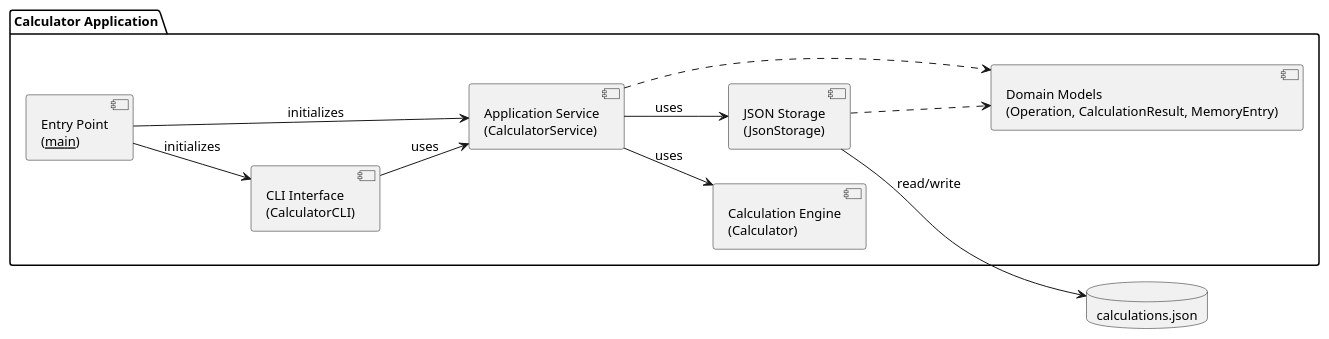
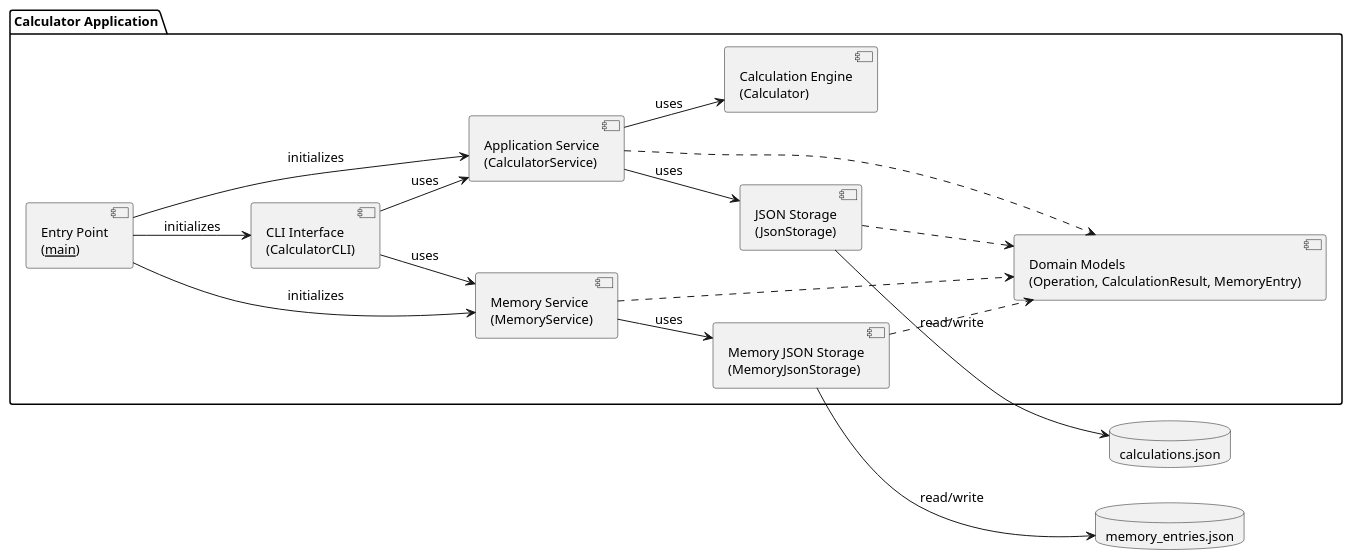
One commit to DanielRiha8906/Software_autoevolution_using_agents changed the diagram in experiments/pipeline/structured_text/calculator/artifacts/component_diagram.puml. Above: the diagram before and after it, drawn with PlantUML. The commit also changed 11 other files, not shown here.

```diff
--- a/experiments/pipeline/structured_text/calculator/artifacts/component_diagram.puml
+++ b/experiments/pipeline/structured_text/calculator/artifacts/component_diagram.puml
@@ -1,31 +1,43 @@
 @startuml component_diagram
 
 skinparam componentStyle uml2
 skinparam defaultFontSize 13
 left to right direction
 
 package "Calculator Application" {
 
     component "Entry Point\n(__main__)" as Main
     component "CLI Interface\n(CalculatorCLI)" as CLI
+
     component "Application Service\n(CalculatorService)" as Service
+    component "Memory Service\n(MemoryService)" as MemService
+
     component "Calculation Engine\n(Calculator)" as Calc
     component "JSON Storage\n(JsonStorage)" as Store
+    component "Memory JSON Storage\n(MemoryJsonStorage)" as MemStore
+
     component "Domain Models\n(Operation, CalculationResult, MemoryEntry)" as Models
 
     Main --> CLI : initializes
     Main --> Service : initializes
+    Main --> MemService : initializes
 
     CLI --> Service : uses
+    CLI --> MemService : uses
     Service --> Calc : uses
     Service --> Store : uses
+    MemService --> MemStore : uses
 
     Service ..> Models
     Store ..> Models
+    MemService ..> Models
+    MemStore ..> Models
 }
 
 database "calculations.json" as DB
+database "memory_entries.json" as MemDB
 
 Store --> DB : read/write
+MemStore --> MemDB : read/write
 
 @enduml
```
